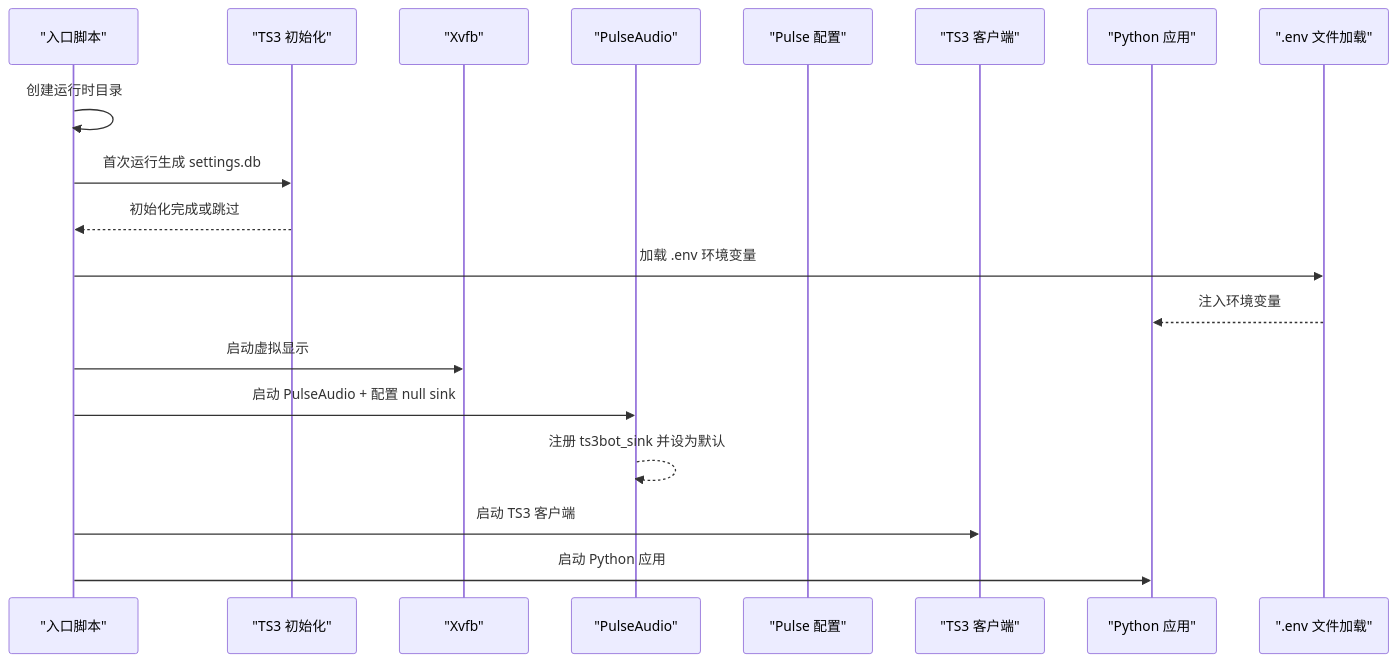
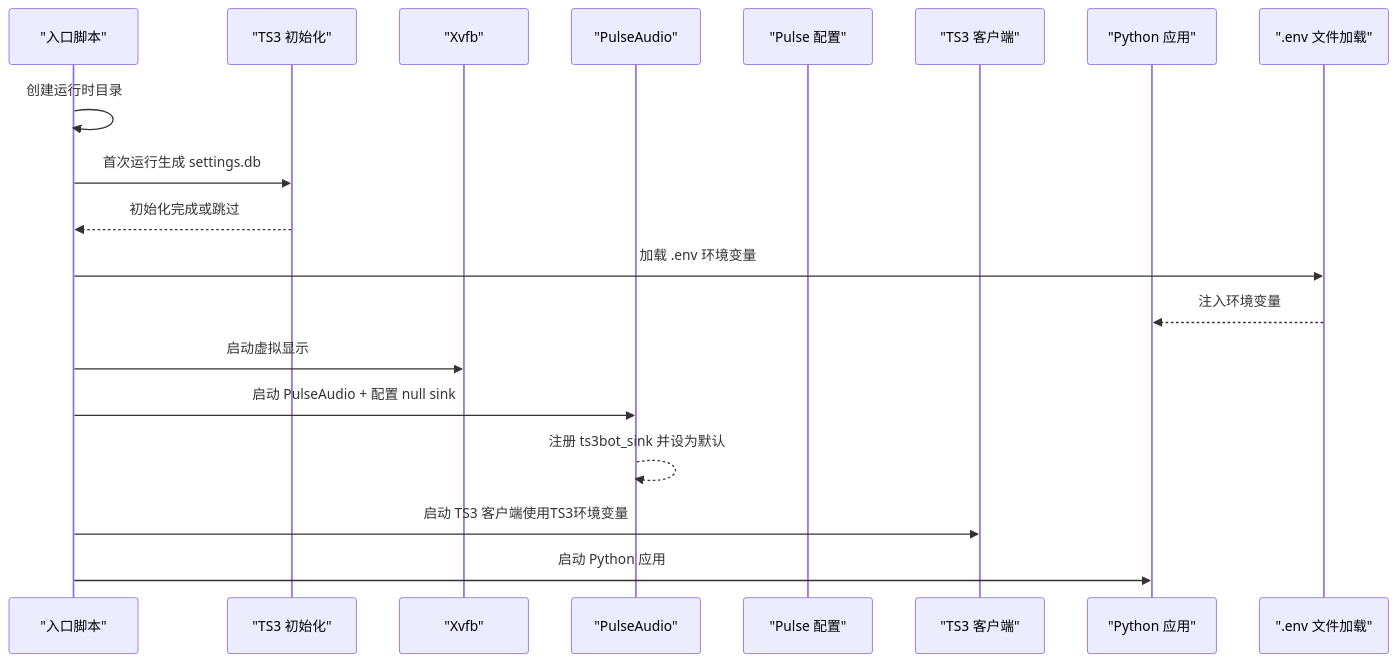
Before and after one commit to GhoulOwl/Teamspeak3_Bot: the second of 8 diagrams in .qoder/repowiki/zh/content/部署和运维/环境配置.md, drawn with Mermaid. The commit also changed other lines of this file and 7 other files, not shown here.

````diff
--- a/.qoder/repowiki/zh/content/部署和运维/环境配置.md
+++ b/.qoder/repowiki/zh/content/部署和运维/环境配置.md
@@ -110,21 +127,21 @@
 ```mermaid
 sequenceDiagram
 participant Entrypoint as "入口脚本"
 participant Init as "TS3 初始化"
 participant Xvfb as "Xvfb"
 participant Pulse as "PulseAudio"
 participant Setup as "Pulse 配置"
 participant TS3 as "TS3 客户端"
 participant Bot as "Python 应用"
 participant DotEnv as ".env 文件加载"
 Entrypoint->>Entrypoint : 创建运行时目录
 Entrypoint->>Init : 首次运行生成 settings.db
 Init-->>Entrypoint : 初始化完成或跳过
 Entrypoint->>DotEnv : 加载 .env 环境变量
 DotEnv-->>Bot : 注入环境变量
 Entrypoint->>Xvfb : 启动虚拟显示
 Entrypoint->>Pulse : 启动 PulseAudio + 配置 null sink
 Pulse-->>Pulse : 注册 ts3bot_sink 并设为默认
-Entrypoint->>TS3 : 启动 TS3 客户端
+Entrypoint->>TS3 : 启动 TS3 客户端使用TS3环境变量
 Entrypoint->>Bot : 启动 Python 应用
 ```
````
